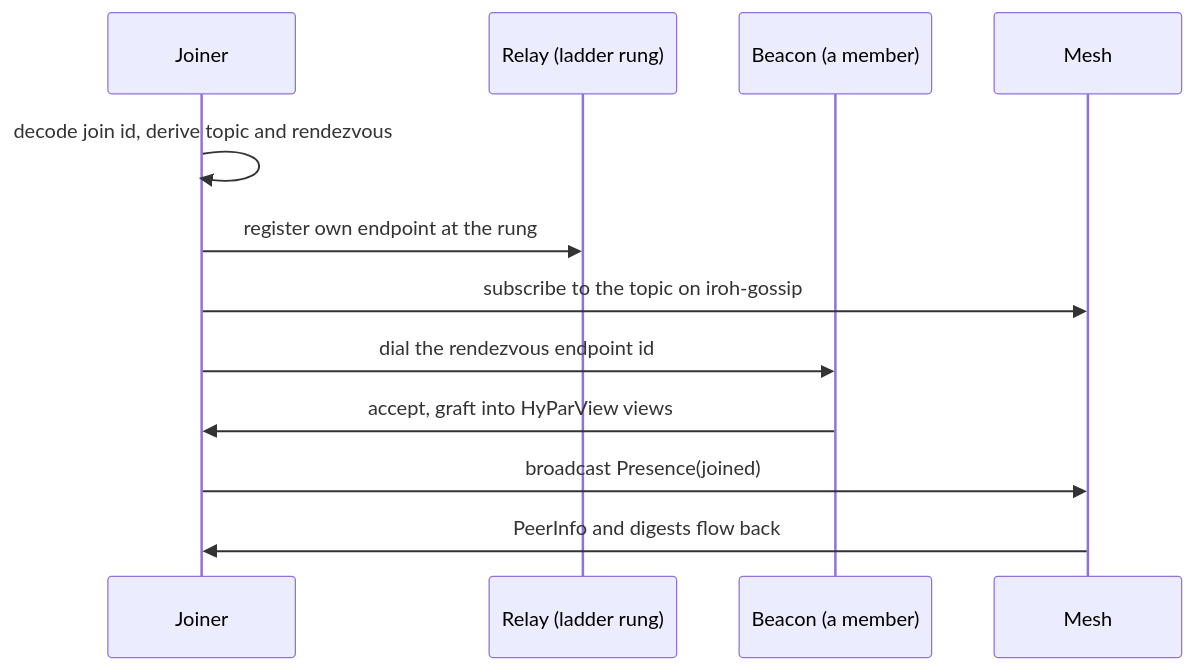
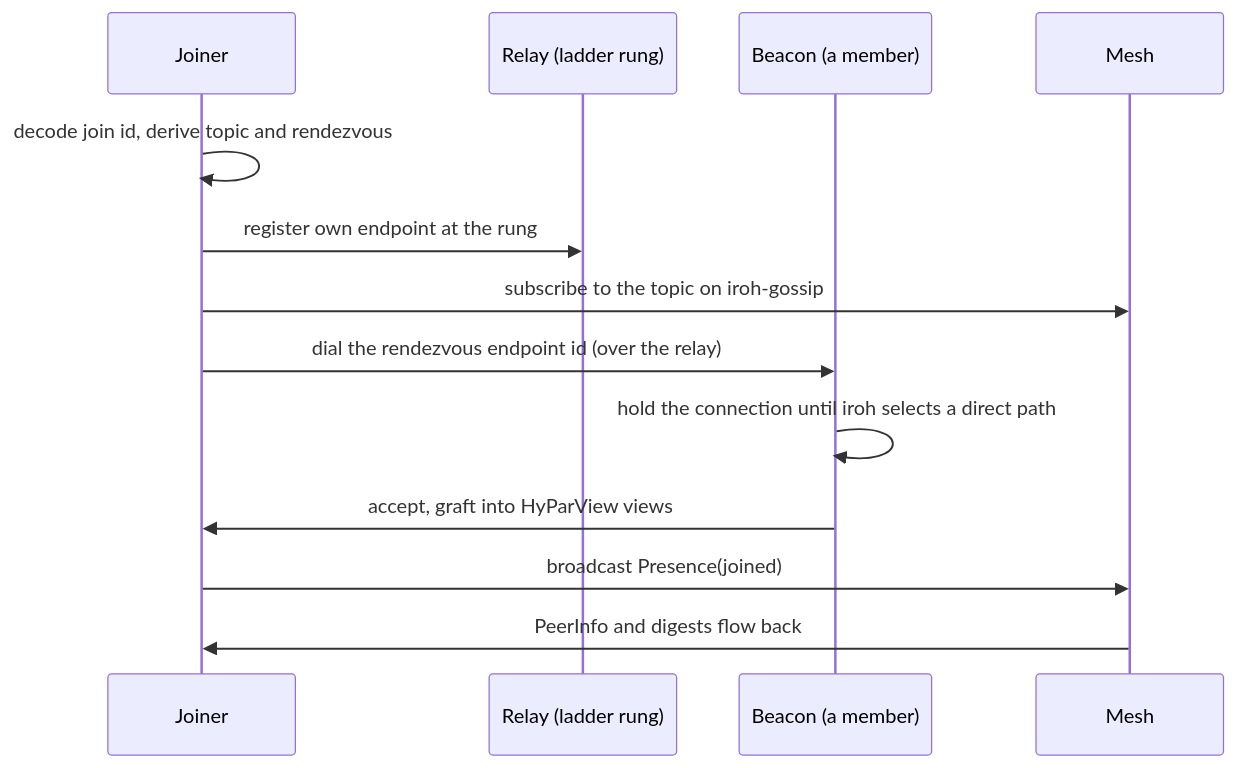
Before and after one commit to fofoca-network/fofoca: the fourth of 10 diagrams in docs/architecture.md, drawn with Mermaid. The commit also changed other lines of this file and 107 other files, not shown here.

````diff
--- a/docs/architecture.md
+++ b/docs/architecture.md
@@ -208,14 +210,15 @@
 ```mermaid
 sequenceDiagram
     participant J as Joiner
     participant R as Relay (ladder rung)
     participant B as Beacon (a member)
     participant M as Mesh
     J->>J: decode join id, derive topic and rendezvous
     J->>R: register own endpoint at the rung
     J->>M: subscribe to the topic on iroh-gossip
-    J->>B: dial the rendezvous endpoint id
+    J->>B: dial the rendezvous endpoint id (over the relay)
+    B->>B: hold the connection until iroh selects a direct path
     B->>J: accept, graft into HyParView views
     J->>M: broadcast Presence(joined)
     M->>J: PeerInfo and digests flow back
 ```
````
